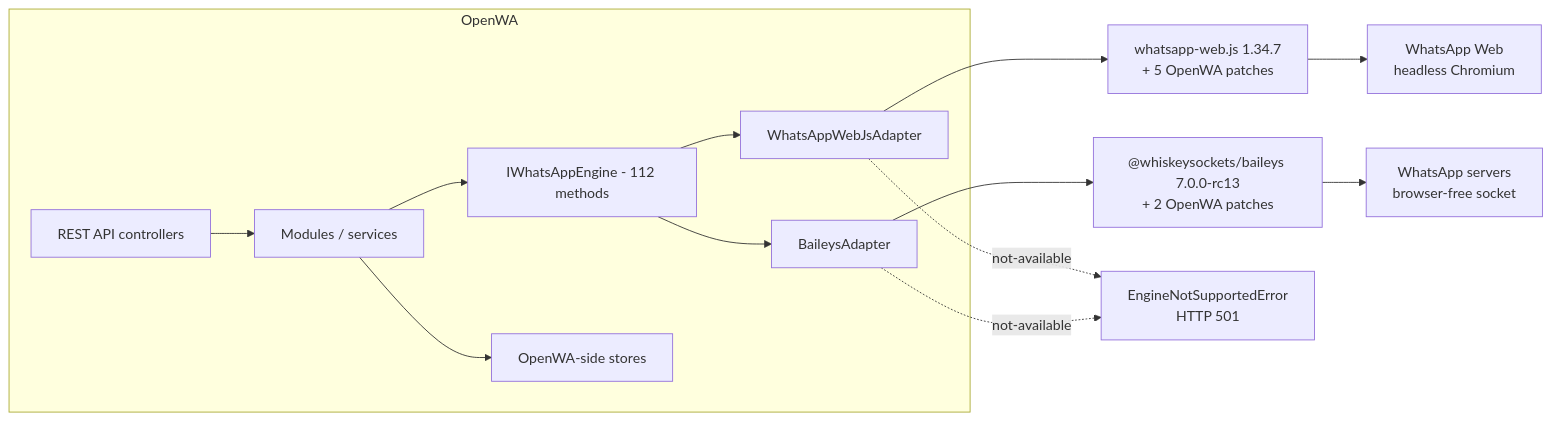
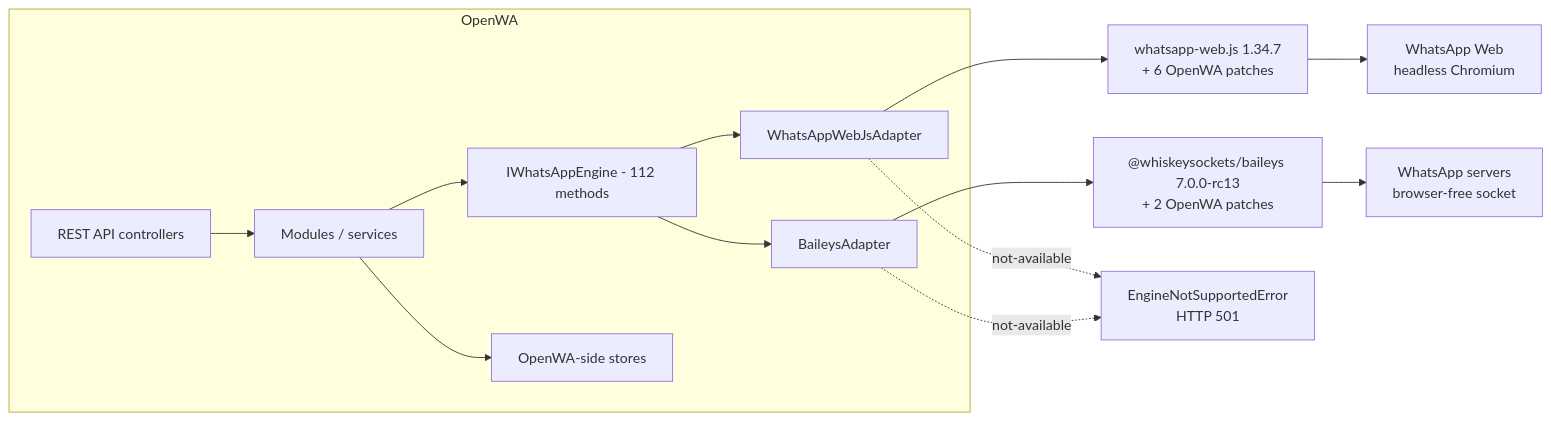
The first of 2 diagrams in docs/29-engine-capability-matrix.md (nourayman21k/OpenWA), drawn with Mermaid before and after one commit. The commit also changed other lines of this file and 6 other files, not shown here.

````diff
--- a/docs/29-engine-capability-matrix.md
+++ b/docs/29-engine-capability-matrix.md
@@ -43,16 +43,16 @@
 ```mermaid
 flowchart LR
     subgraph OpenWA["OpenWA"]
         API["REST API controllers"] --> SVC["Modules / services"]
         SVC --> IF["IWhatsAppEngine - 112 methods"]
         IF --> WA["WhatsAppWebJsAdapter"]
         IF --> BA["BaileysAdapter"]
         SVC --> STORE["OpenWA-side stores"]
     end
-    WA --> WLIB["whatsapp-web.js 1.34.7<br/>+ 5 OpenWA patches"]
+    WA --> WLIB["whatsapp-web.js 1.34.7<br/>+ 6 OpenWA patches"]
     BA --> BLIB["@whiskeysockets/baileys 7.0.0-rc13<br/>+ 2 OpenWA patches"]
     WLIB --> WEB["WhatsApp Web<br/>headless Chromium"]
     BLIB --> WAS["WhatsApp servers<br/>browser-free socket"]
     WA -.->|"not-available"| E["EngineNotSupportedError<br/>HTTP 501"]
     BA -.->|"not-available"| E
 ```
````
